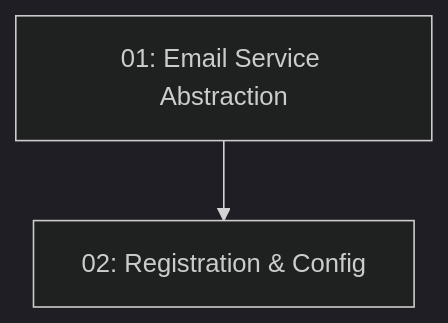
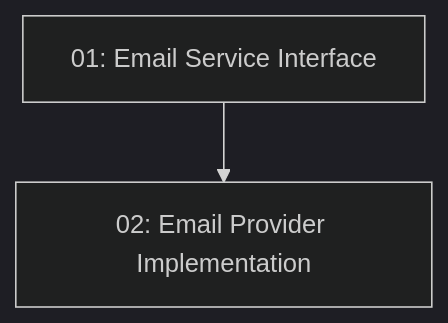
Before and after one commit to limitzero/tablenow: the diagram in .docs/features/story-020-email-service-integration/README.md, drawn with Mermaid (dark theme). The commit also changed other lines of this file and 184 other files, not shown here.

````diff
--- a/.docs/features/story-020-email-service-integration/README.md
+++ b/.docs/features/story-020-email-service-integration/README.md
@@ -14,6 +15,6 @@
 ```mermaid
 graph TD
-    task-01["01: Email Service Abstraction"]
-    task-02["02: Registration & Config"]
-    task-01 --> task-02
+    task-01-email-service-interface["01: Email Service Interface"]
+    task-02-email-provider-implementation["02: Email Provider Implementation"]
+    task-01-email-service-interface --> task-02-email-provider-implementation
 ```
````
